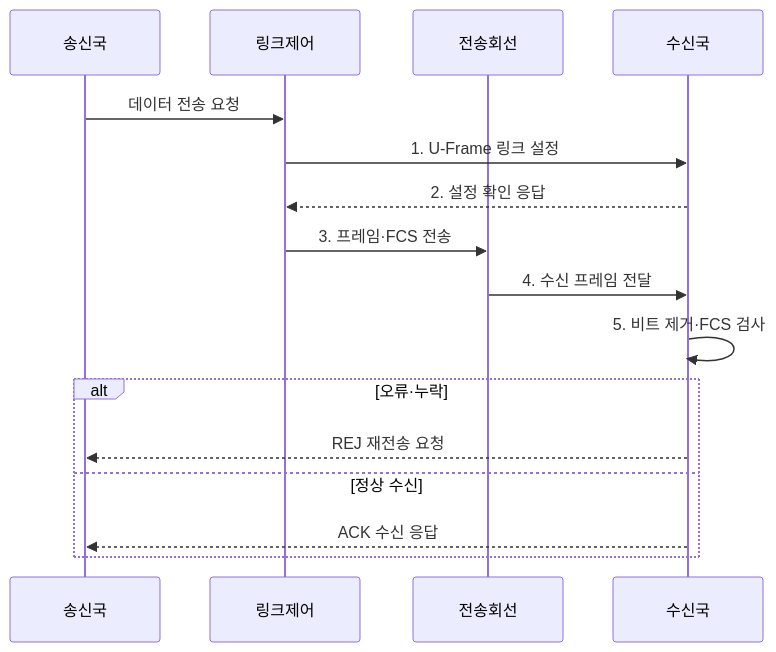
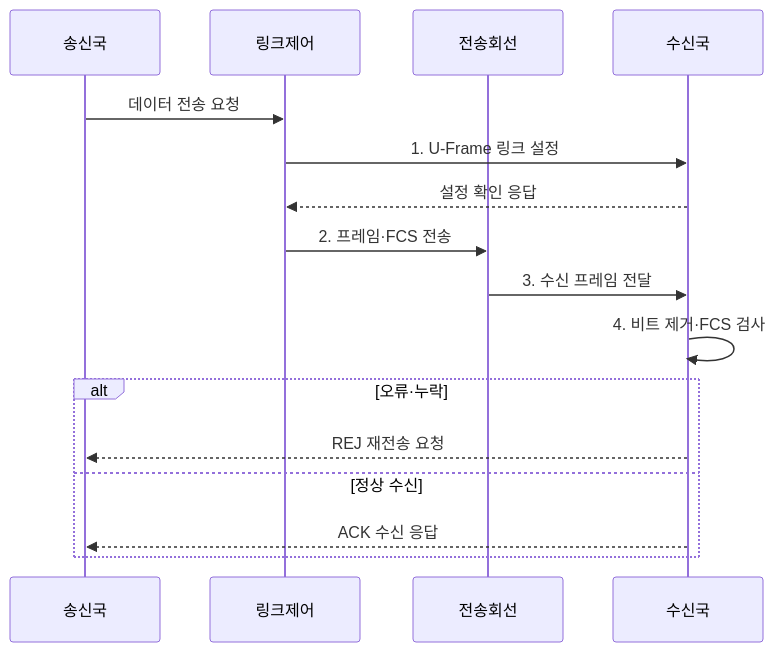
The second of 2 diagrams in src/content/docs/notes/04-network/071_hdlc.md (agnusdei1207/knowledge-base), drawn with Mermaid before and after one commit. The commit also changed other lines of this file and 6 other files, not shown here.

````diff
--- a/src/content/docs/notes/04-network/071_hdlc.md
+++ b/src/content/docs/notes/04-network/071_hdlc.md
@@ -94,18 +94,18 @@
 ```mermaid
 sequenceDiagram
     participant 송신국
     participant 링크제어
     participant 전송회선
     participant 수신국
     송신국->>링크제어: 데이터 전송 요청
     링크제어->>수신국: 1. U-Frame 링크 설정
-    수신국-->>링크제어: 2. 설정 확인 응답
-    링크제어->>전송회선: 3. 프레임·FCS 전송
-    전송회선->>수신국: 4. 수신 프레임 전달
-    수신국->>수신국: 5. 비트 제거·FCS 검사
+    수신국-->>링크제어: 설정 확인 응답
+    링크제어->>전송회선: 2. 프레임·FCS 전송
+    전송회선->>수신국: 3. 수신 프레임 전달
+    수신국->>수신국: 4. 비트 제거·FCS 검사
     alt 오류·누락
         수신국-->>송신국: REJ 재전송 요청
     else 정상 수신
         수신국-->>송신국: ACK 수신 응답
     end
 ```
````
